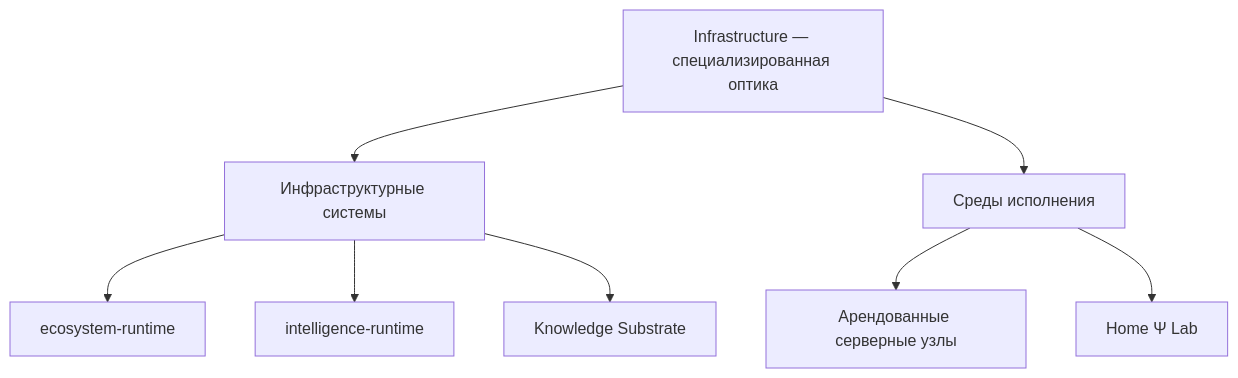
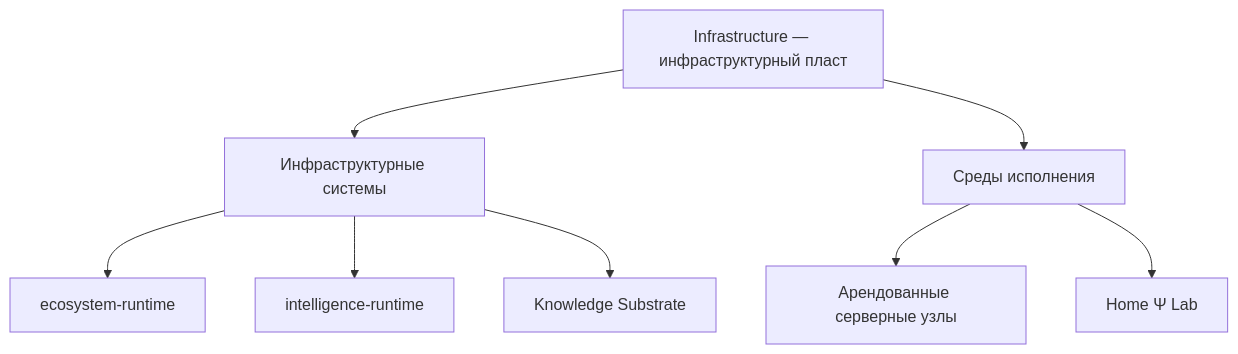
Before and after one commit to DETai-org/Knowledge_substrate: the diagram in knowledge_core/source_of_truth/docs/ecosystem/ru/infrastructure/index.md, drawn with Mermaid. The commit also changed other lines of this file and 8 other files, not shown here.

````diff
--- a/knowledge_core/source_of_truth/docs/ecosystem/ru/infrastructure/index.md
+++ b/knowledge_core/source_of_truth/docs/ecosystem/ru/infrastructure/index.md
@@ -37,19 +37,19 @@
 ```mermaid
 flowchart TB
-    infra["Infrastructure — специализированная оптика"]
+    infra["Infrastructure — инфраструктурный пласт"]
     systems["Инфраструктурные системы"]
     environments["Среды исполнения"]
     ecosystem["ecosystem-runtime"]
     intelligence["intelligence-runtime"]
     knowledge["Knowledge Substrate"]
     servers["Арендованные серверные узлы"]
     home["Home Ψ Lab"]
 
     infra --> systems
     infra --> environments
     systems --> ecosystem
     systems --> intelligence
     systems --> knowledge
     environments --> servers
     environments --> home
 ```
````
